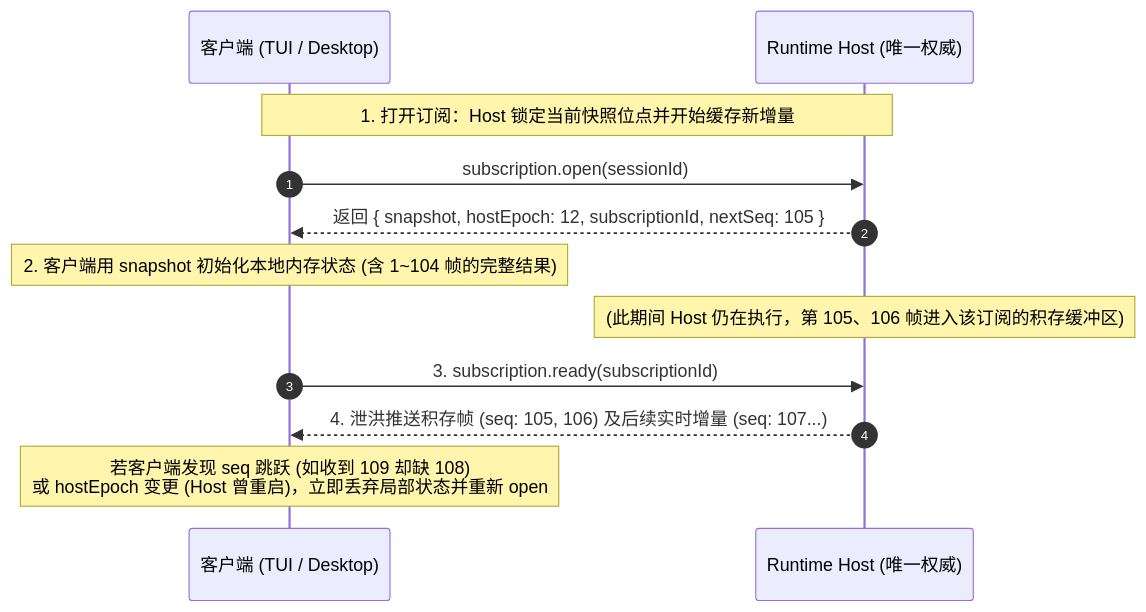
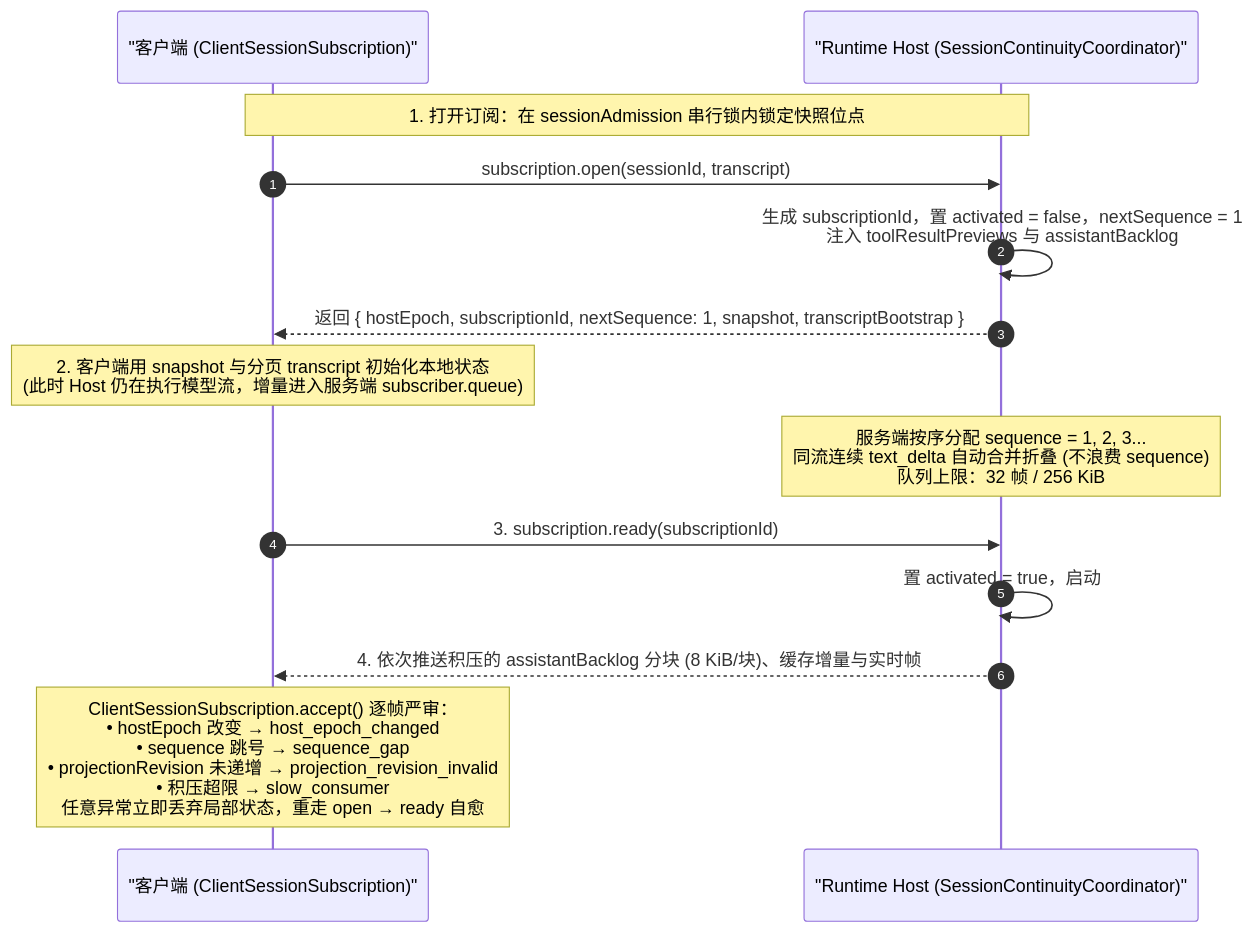
One commit to suger-m/agent-infrastructure-docs changed the second of 3 diagrams in maka-agent-infra/04-state/host-ownership-and-sync.md. Above: the diagram before and after it, drawn with Mermaid. The commit also changed other lines of this file and 31 other files, not shown here.

````diff
--- a/maka-agent-infra/04-state/host-ownership-and-sync.md
+++ b/maka-agent-infra/04-state/host-ownership-and-sync.md
@@ -46,18 +85,20 @@
 ```mermaid
 sequenceDiagram
     autonumber
-    participant TUI as 客户端 (TUI / Desktop)
-    participant Host as Runtime Host (唯一权威)
+    participant Client as "客户端 (ClientSessionSubscription)"
+    participant Host as "Runtime Host (SessionContinuityCoordinator)"
 
-    Note over TUI,Host: 1. 打开订阅：Host 锁定当前快照位点并开始缓存新增量
-    TUI->>Host: subscription.open(sessionId)
-    Host-->>TUI: 返回 { snapshot, hostEpoch: 12, subscriptionId, nextSeq: 105 }
-    
-    Note over TUI: 2. 客户端用 snapshot 初始化本地内存状态 (含 1~104 帧的完整结果)
-    Note over Host: (此期间 Host 仍在执行，第 105、106 帧进入该订阅的积存缓冲区)
-    
-    TUI->>Host: 3. subscription.ready(subscriptionId)
-    Host-->>TUI: 4. 泄洪推送积存帧 (seq: 105, 106) 及后续实时增量 (seq: 107...)
-    
-    Note over TUI: 若客户端发现 seq 跳跃 (如收到 109 却缺 108)<br/>或 hostEpoch 变更 (Host 曾重启)，立即丢弃局部状态并重新 open
+    Note over Client,Host: 1. 打开订阅：在 sessionAdmission 串行锁内锁定快照位点
+    Client->>Host: subscription.open(sessionId, transcript)
+    Host->>Host: 生成 subscriptionId，置 activated = false，nextSequence = 1<br/>注入 toolResultPreviews 与 assistantBacklog
+    Host-->>Client: 返回 { hostEpoch, subscriptionId, nextSequence: 1, snapshot, transcriptBootstrap }
+
+    Note over Client: 2. 客户端用 snapshot 与分页 transcript 初始化本地状态<br/>(此时 Host 仍在执行模型流，增量进入服务端 subscriber.queue)
+    Note over Host: 服务端按序分配 sequence = 1, 2, 3...<br/>同流连续 text_delta 自动合并折叠 (不浪费 sequence)<br/>队列上限：32 帧 / 256 KiB
+
+    Client->>Host: 3. subscription.ready(subscriptionId)
+    Host->>Host: 置 activated = true，启动 #pump() 泄洪
+    Host-->>Client: 4. 依次推送积压的 assistantBacklog 分块 (8 KiB/块)、缓存增量与实时帧
+
+    Note over Client: ClientSessionSubscription.accept() 逐帧严审：<br/>• hostEpoch 改变 → host_epoch_changed<br/>• sequence 跳号 → sequence_gap<br/>• projectionRevision 未递增 → projection_revision_invalid<br/>• 积压超限 → slow_consumer<br/>任意异常立即丢弃局部状态，重走 open → ready 自愈
 ```
````
